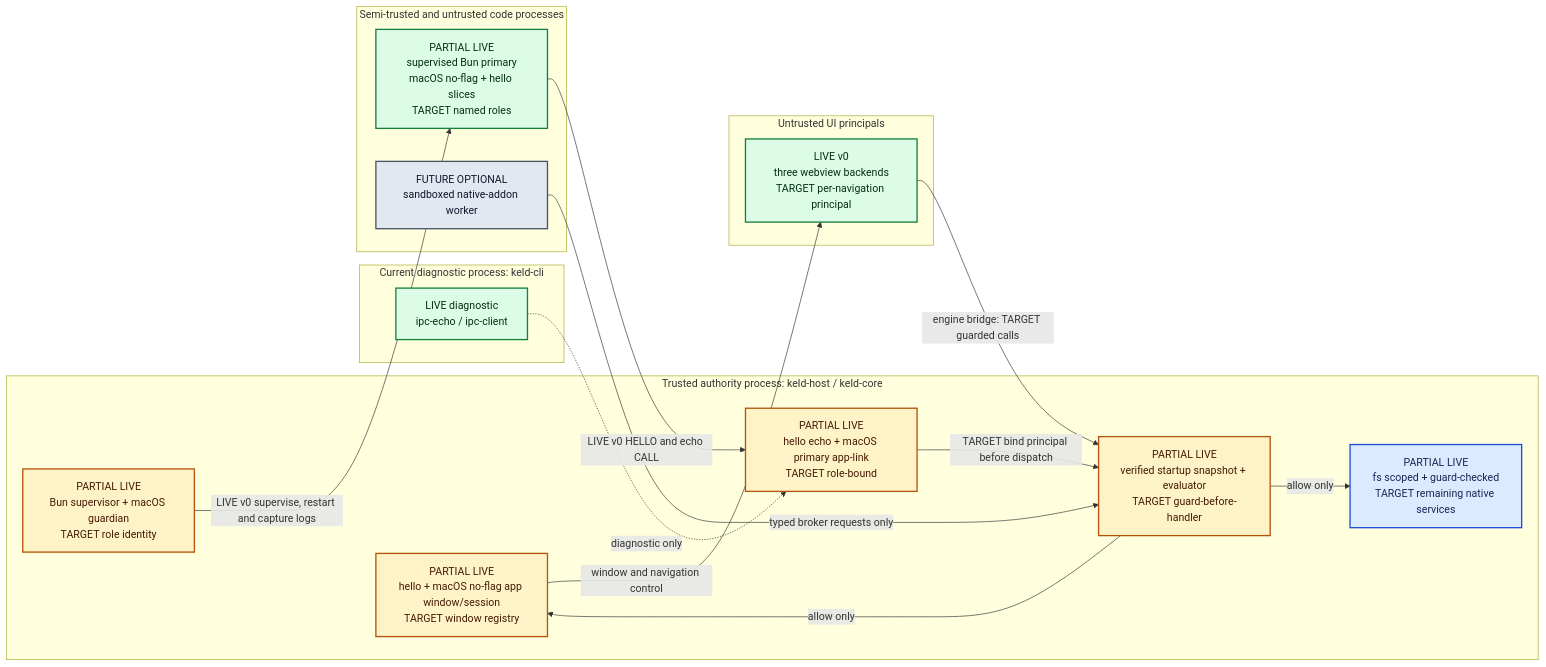
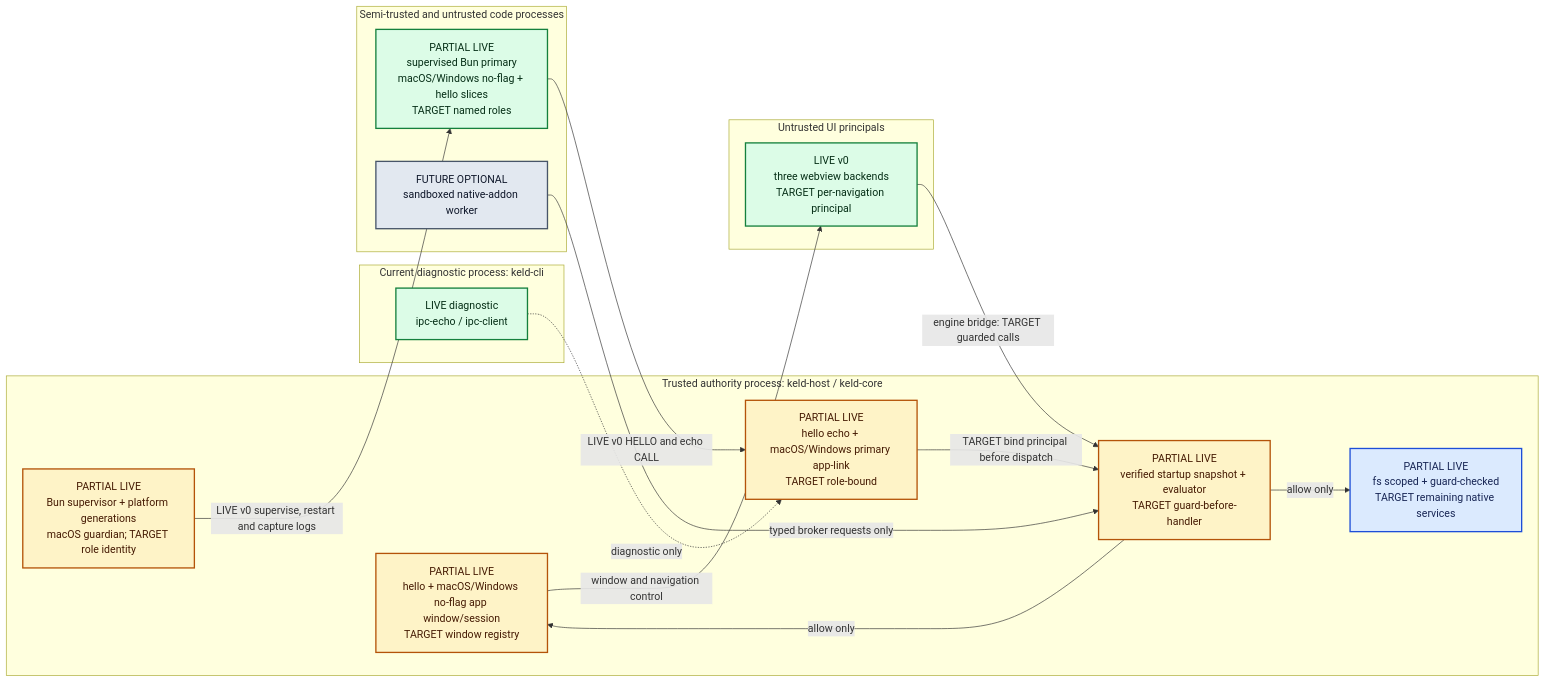
Before and after one commit to gyldlab/keld: the diagram in docs/architecture/01-overview.md, drawn with Mermaid. The commit also changed other lines of this file and 34 other files, not shown here.

First line of the commit message:
feat(host): add Windows no-flag app session (#122)

````diff
--- a/docs/architecture/01-overview.md
+++ b/docs/architecture/01-overview.md
@@ -9,56 +9,56 @@
 ```mermaid
 flowchart LR
     accTitle: Keld process and trust topology
     accDescr {
       The trusted Rust host owns privileged resources and mediates webview and Bun-role
       requests. The live v0 slice has three webview backends, a guard evaluator, a
       host-owned token-authenticated echo link co-lived with the hello window (KEL-30),
-      the macOS no-flag validated host/window/primary-session slice (KEL-96 T1a/T1b)
+      the macOS and Windows no-flag validated host/window/primary-session slices (KEL-96)
       with KEL-102/T2's verified immutable startup policy snapshot,
       KEL-70/KEL-116 supervision, and guard-checked scoped filesystem access (KEL-71).
       Full role-bound app-link identity, guarded role
       dispatch, the remaining native services, and an optional sandboxed native-addon
       worker remain destination behavior.
     }
 
     subgraph Host["Trusted authority process: keld-host / keld-core"]
-        Core["PARTIAL LIVE<br/>hello + macOS no-flag app window/session<br/>TARGET window registry"]
-        Link["PARTIAL LIVE<br/>hello echo + macOS primary app-link<br/>TARGET role-bound"]
+        Core["PARTIAL LIVE<br/>hello + macOS/Windows no-flag app window/session<br/>TARGET window registry"]
+        Link["PARTIAL LIVE<br/>hello echo + macOS/Windows primary app-link<br/>TARGET role-bound"]
         Guard["PARTIAL LIVE<br/>verified startup snapshot + evaluator<br/>TARGET guard-before-handler"]
         Native["PARTIAL LIVE<br/>fs scoped + guard-checked<br/>TARGET remaining native services"]
-        Runtime["PARTIAL LIVE<br/>Bun supervisor + macOS guardian<br/>TARGET role identity"]
+        Runtime["PARTIAL LIVE<br/>Bun supervisor + platform generations<br/>macOS guardian; TARGET role identity"]
     end
 
     subgraph Prototype["Current diagnostic process: keld-cli"]
         CliDiag["LIVE diagnostic<br/>ipc-echo / ipc-client"]
     end
 
     subgraph UI["Untrusted UI principals"]
         Webview["LIVE v0<br/>three webview backends<br/>TARGET per-navigation principal"]
     end
 
     subgraph JS["Semi-trusted and untrusted code processes"]
-        App["PARTIAL LIVE<br/>supervised Bun primary<br/>macOS no-flag + hello slices<br/>TARGET named roles"]
+        App["PARTIAL LIVE<br/>supervised Bun primary<br/>macOS/Windows no-flag + hello slices<br/>TARGET named roles"]
         Addon["FUTURE OPTIONAL<br/>sandboxed native-addon worker"]
     end
 
     Runtime -->|LIVE v0 supervise, restart and capture logs| App
     App -->|LIVE v0 HELLO and echo CALL| Link
     CliDiag -.->|diagnostic only| Link
     Link -->|TARGET bind principal before dispatch| Guard
     Webview -->|engine bridge: TARGET guarded calls| Guard
     Addon -->|typed broker requests only| Guard
     Guard -->|allow only| Core
     Guard -->|allow only| Native
     Core -->|window and navigation control| Webview
 
     classDef current fill:#dcfce7,stroke:#15803d,color:#052e16,stroke-width:2px;
     classDef target fill:#dbeafe,stroke:#1d4ed8,color:#172554,stroke-width:2px;
     classDef gate fill:#fef3c7,stroke:#b45309,color:#451a03,stroke-width:2px;
     classDef external fill:#e2e8f0,stroke:#475569,color:#0f172a,stroke-width:2px;
 
     class Native target;
     class Core,Link,Runtime,Guard gate;
     class CliDiag,Webview,App current;
     class Addon external;
 ```
````
